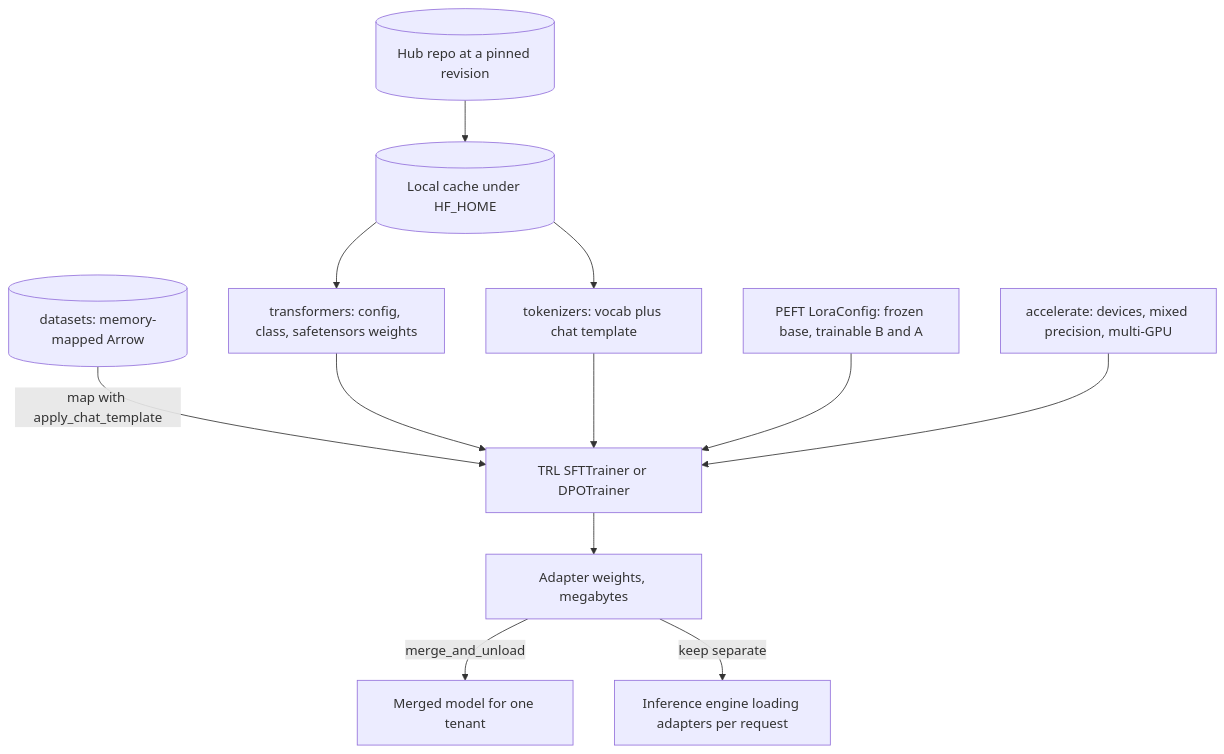
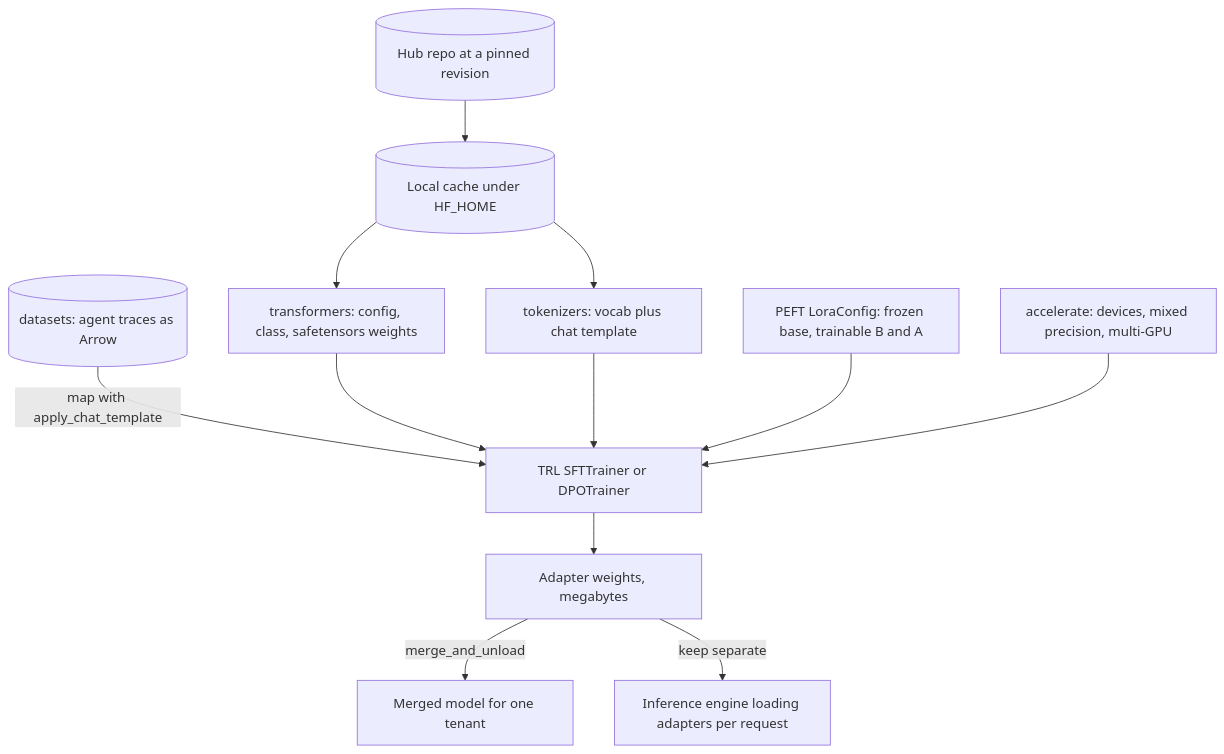
The diagram in content/python-for-ai/hugging-face.md (lovishmahajan97/agentic-learning), drawn with Mermaid before and after one commit. The commit also changed other lines of this file and 266 other files, not shown here.

````diff
--- a/content/python-for-ai/hugging-face.md
+++ b/content/python-for-ai/hugging-face.md
@@ -148,14 +164,14 @@
 ```mermaid
 flowchart TD
     HUB[("Hub repo at a pinned revision")] --> CACHE[("Local cache under HF_HOME")]
     CACHE --> M["transformers: config, class, safetensors weights"]
     CACHE --> TK["tokenizers: vocab plus chat template"]
-    DATA[("datasets: memory-mapped Arrow")] -->|"map with apply_chat_template"| TR["TRL SFTTrainer or DPOTrainer"]
+    DATA[("datasets: agent traces as Arrow")] -->|"map with apply_chat_template"| TR["TRL SFTTrainer or DPOTrainer"]
     M --> TR
     TK --> TR
     PEFT["PEFT LoraConfig: frozen base, trainable B and A"] --> TR
     ACC["accelerate: devices, mixed precision, multi-GPU"] --> TR
     TR --> AD["Adapter weights, megabytes"]
     AD -->|"merge_and_unload"| MERGED["Merged model for one tenant"]
     AD -->|"keep separate"| ENG["Inference engine loading adapters per request"]
 ```
````
